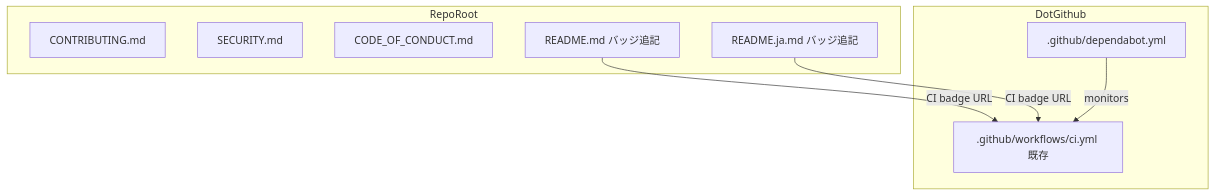
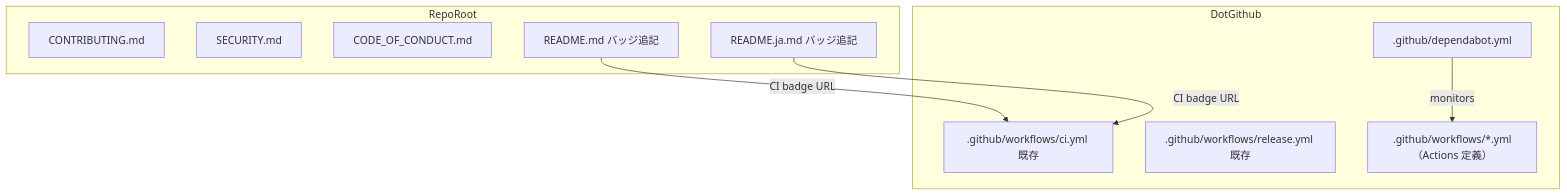
Before and after one commit to kyuki3rain/cupola: the diagram in .cupola/specs/oss-community-files/design.md, drawn with Mermaid. The commit also changed other lines of this file, not shown here.

Commit message:
fix: address review comments

````diff
--- a/.cupola/specs/oss-community-files/design.md
+++ b/.cupola/specs/oss-community-files/design.md
@@ -39,17 +39,19 @@
 ```mermaid
 graph TB
     subgraph RepoRoot
         CONTRIBUTING[CONTRIBUTING.md]
         SECURITY[SECURITY.md]
         COC[CODE_OF_CONDUCT.md]
         README_EN[README.md バッジ追記]
         README_JA[README.ja.md バッジ追記]
     end
     subgraph DotGithub
         DEPENDABOT[.github/dependabot.yml]
         CI_YML[.github/workflows/ci.yml 既存]
+        RELEASE_YML[.github/workflows/release.yml 既存]
+        WORKFLOWS[.github/workflows/*.yml（Actions 定義）]
     end
     README_EN -->|CI badge URL| CI_YML
     README_JA -->|CI badge URL| CI_YML
-    DEPENDABOT -->|monitors| CI_YML
+    DEPENDABOT -->|monitors| WORKFLOWS
 ```
````
